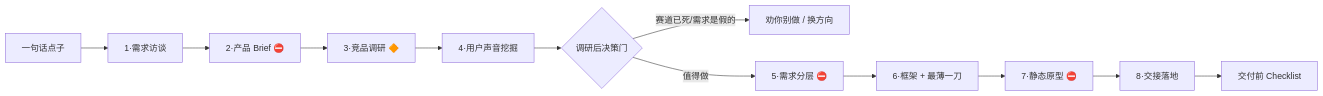
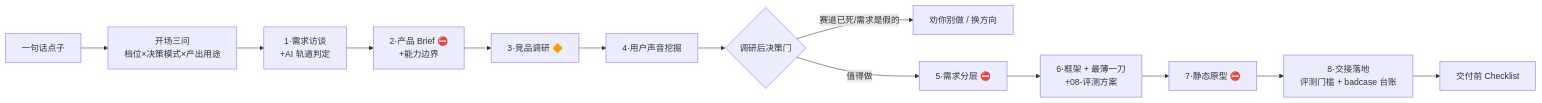
One commit to 3091485956-png/Vibe_helper changed the diagram in README.md. Above: the diagram before and after it, drawn with Mermaid. The commit also changed other lines of this file and 42 other files, not shown here.

````diff
--- a/README.md
+++ b/README.md
@@ -84,14 +94,15 @@
 ```mermaid
 flowchart LR
-    A[一句话点子] --> S1[1·需求访谈]
-    S1 --> S2[2·产品 Brief ⛔]
+    A[一句话点子] --> Q[开场三问<br/>档位×决策模式×产出用途]
+    Q --> S1[1·需求访谈<br/>+AI 轨道判定]
+    S1 --> S2[2·产品 Brief ⛔<br/>+能力边界]
     S2 --> S3[3·竞品调研 🔶]
     S3 --> S4[4·用户声音挖掘]
     S4 --> G{调研后决策门}
     G -- 赛道已死/需求是假的 --> X[劝你别做 / 换方向]
     G -- 值得做 --> S5[5·需求分层 ⛔]
-    S5 --> S6[6·框架 + 最薄一刀]
+    S5 --> S6[6·框架 + 最薄一刀<br/>+08-评测方案]
     S6 --> S7[7·静态原型 ⛔]
-    S7 --> S8[8·交接落地]
+    S7 --> S8[8·交接落地<br/>评测门槛 + badcase 台账]
     S8 --> D[交付前 Checklist]
 ```
````
